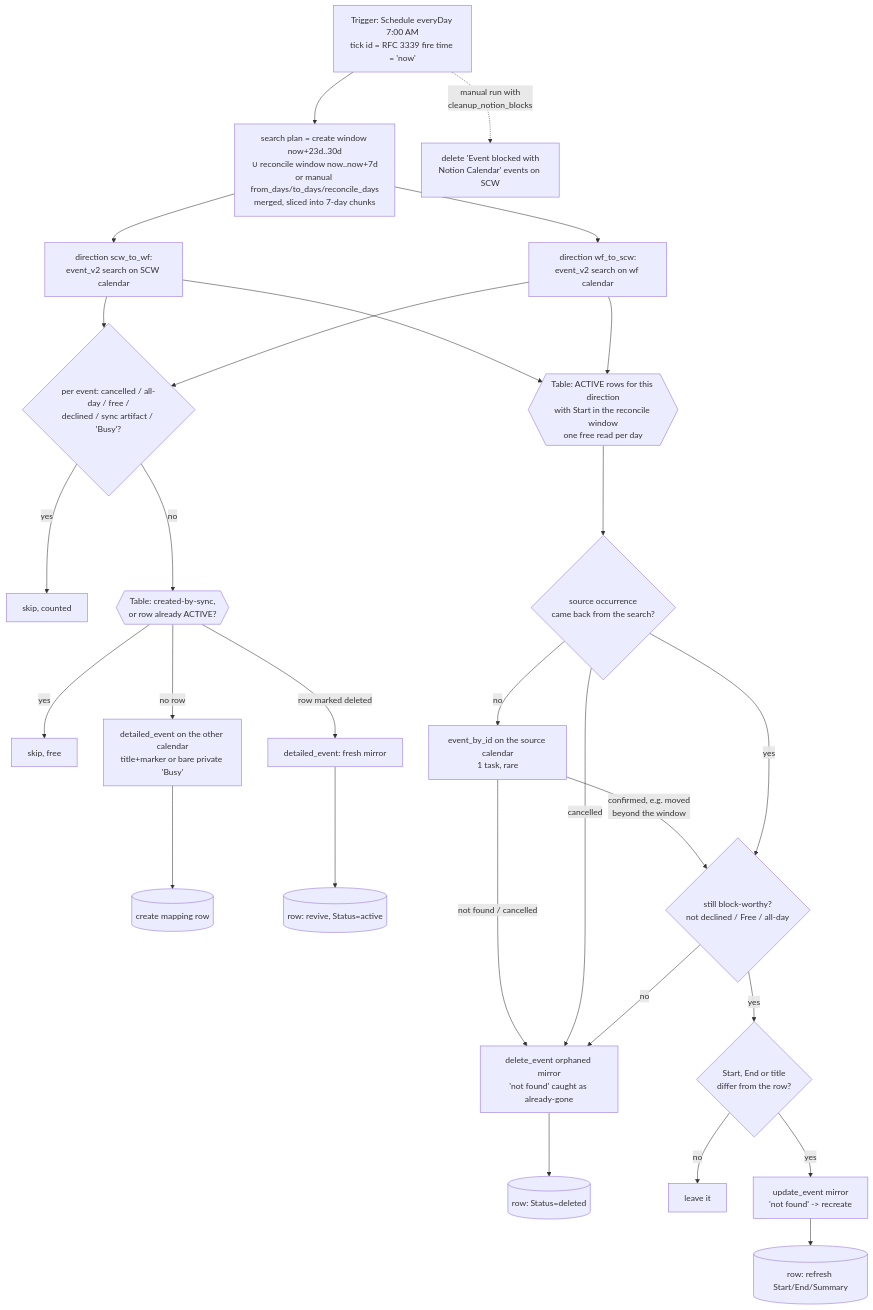
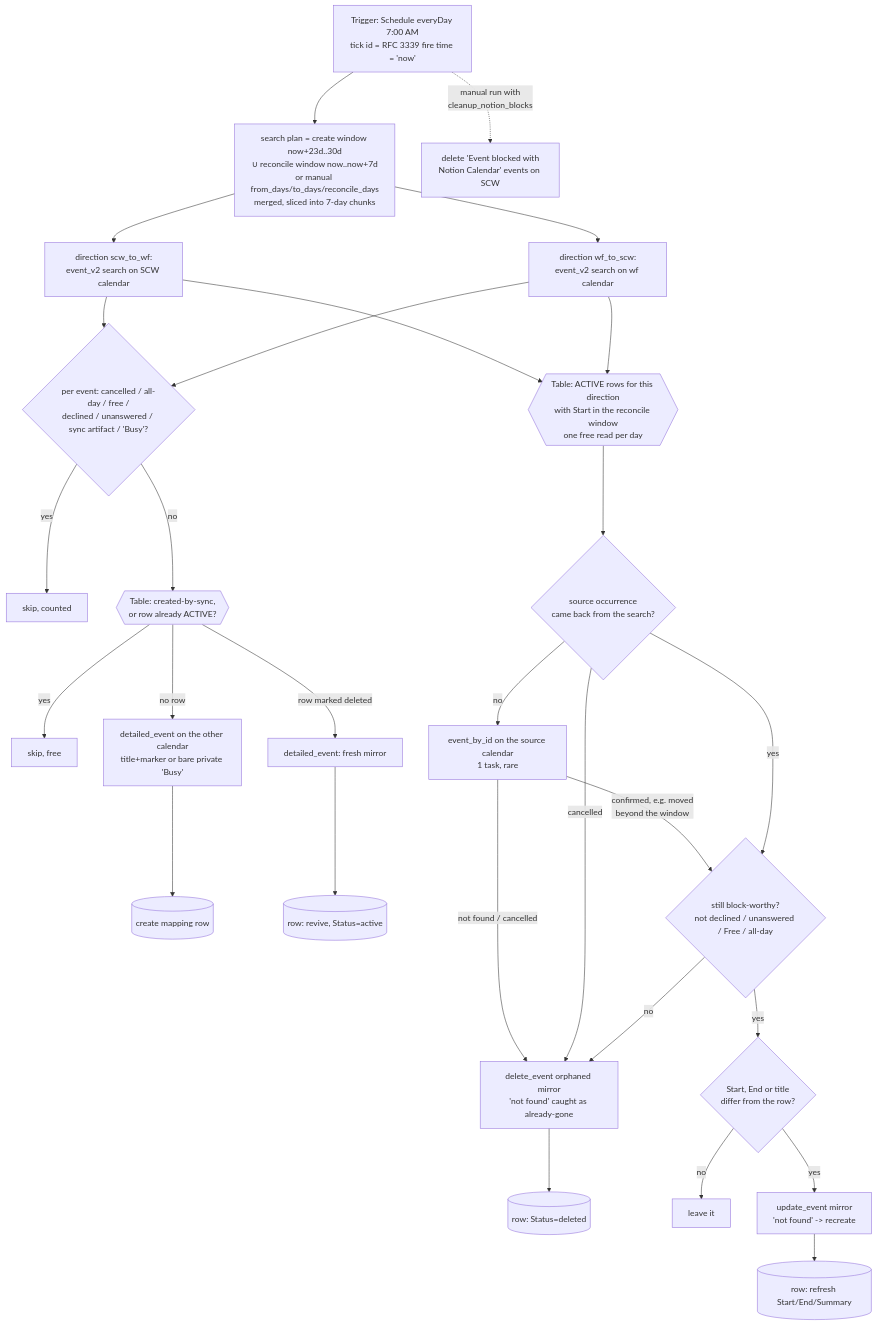
The diagram in gcal-block-sweep/README.md (work-flowers/zapier-sdk), drawn with Mermaid before and after one commit. The commit also changed 6 other files, not shown here.

````diff
--- a/gcal-block-sweep/README.md
+++ b/gcal-block-sweep/README.md
@@ -14,26 +14,26 @@
 ```mermaid
 flowchart TD
     T[Trigger: Schedule everyDay 7:00 AM\ntick id = RFC 3339 fire time = 'now'] --> W[search plan = create window now+23d..30d\n∪ reconcile window now..now+7d\nor manual from_days/to_days/reconcile_days\nmerged, sliced into 7-day chunks]
     W --> D1[direction scw_to_wf:\nevent_v2 search on SCW calendar]
     W --> D2[direction wf_to_scw:\nevent_v2 search on wf calendar]
-    D1 --> F{per event: cancelled / all-day / free /\ndeclined / sync artifact / 'Busy'?}
+    D1 --> F{per event: cancelled / all-day / free /\ndeclined / unanswered / sync artifact / 'Busy'?}
     D2 --> F
     F -- yes --> SK[skip, counted]
     F -- no --> M{{Table: created-by-sync,\nor row already ACTIVE?}}
     M -- yes --> SK2[skip, free]
     M -- "no row" --> CR[detailed_event on the other calendar\ntitle+marker or bare private 'Busy'] --> R[(create mapping row)]
     M -- "row marked deleted" --> RV[detailed_event: fresh mirror] --> RR[(row: revive, Status=active)]
     D1 --> RC{{Table: ACTIVE rows for this direction\nwith Start in the reconcile window\none free read per day}}
     D2 --> RC
     RC --> O{source occurrence\ncame back from the search?}
     O -- no --> LK[event_by_id on the source calendar\n1 task, rare]
     LK -- "not found / cancelled" --> DEL[delete_event orphaned mirror\n'not found' caught as already-gone] --> RD[(row: Status=deleted)]
     LK -- "confirmed, e.g. moved\nbeyond the window" --> B
     O -- cancelled --> DEL
-    O -- yes --> B{still block-worthy?\nnot declined / Free / all-day}
+    O -- yes --> B{still block-worthy?\nnot declined / unanswered / Free / all-day}
     B -- no --> DEL
     B -- yes --> C{Start, End or title\ndiffer from the row?}
     C -- no --> SK3[leave it]
     C -- yes --> UP[update_event mirror\n'not found' -> recreate] --> UR[(row: refresh Start/End/Summary)]
     T -.->|manual run with\ncleanup_notion_blocks| CL[delete 'Event blocked with\nNotion Calendar' events on SCW]
 ```
````
